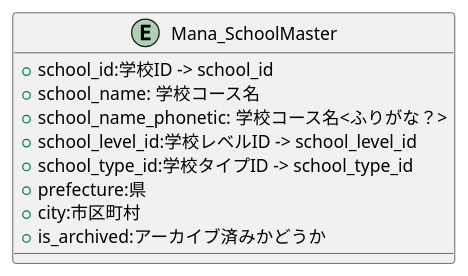
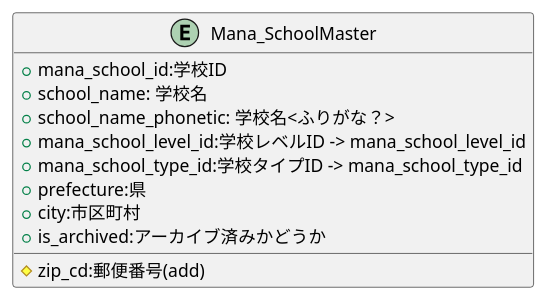
Before and after one commit to popoposorara/ERP_ER: the diagram in Entity/Mana_SchoolMaster.pu, drawn with PlantUML. The commit also changed 26 other files, not shown here.

```diff
--- a/Entity/Mana_SchoolMaster.pu
+++ b/Entity/Mana_SchoolMaster.pu
@@ -1,14 +1,15 @@
 @startuml
 
 entity "Mana_SchoolMaster" {
-    + school_id:学校ID -> school_id
-    + school_name: 学校コース名
-    + school_name_phonetic: 学校コース名<ふりがな？>
-    + school_level_id:学校レベルID -> school_level_id
-    + school_type_id:学校タイプID -> school_type_id
+    + mana_school_id:学校ID
+    + school_name: 学校名
+    + school_name_phonetic: 学校名<ふりがな？>
+    + mana_school_level_id:学校レベルID -> mana_school_level_id
+    + mana_school_type_id:学校タイプID -> mana_school_type_id
     + prefecture:県
     + city:市区町村
     + is_archived:アーカイブ済みかどうか
+    # zip_cd:郵便番号(add)
 }
 
 @enduml
```
